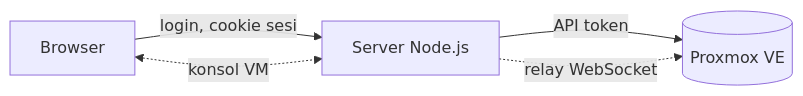
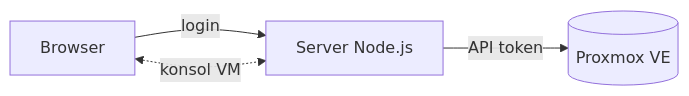
Before and after one commit to asammanis89/ProxmoxMonitor: the diagram in README.md, drawn with Mermaid. The commit also changed other lines of this file, not shown here.

````diff
--- a/README.md
+++ b/README.md
@@ -29,7 +65,6 @@
 ```mermaid
 flowchart LR
-  B[Browser] -- login, cookie sesi --> S[Server Node.js]
-  S -- API token --> P[(Proxmox VE)]
-  S -. relay WebSocket .-> P
-  B <-. konsol VM .-> S
+  B[Browser] -->|login| S[Server Node.js]
+  S -->|API token| P[(Proxmox VE)]
+  B <-.->|konsol VM| S
 ```
````
